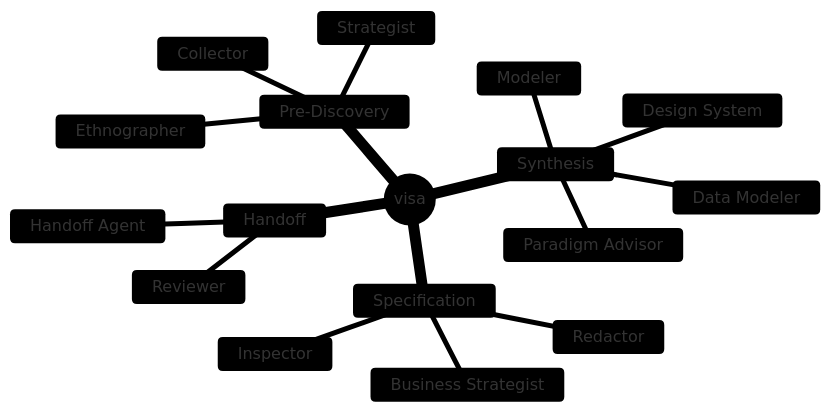
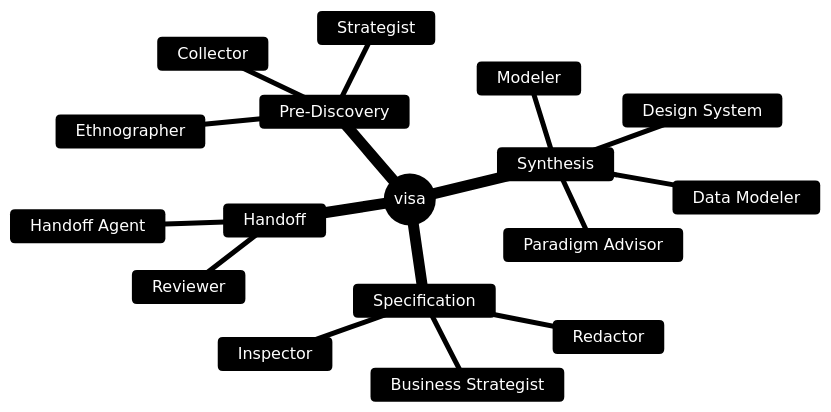
The first of 2 diagrams in docs/agents.md (Adgmed2018/visa), drawn with Mermaid before and after one commit. The commit also changed 1 other file, not shown here.

Commit message:
Fix mermaid diagram text colors

````diff
--- a/docs/agents.md
+++ b/docs/agents.md
@@ -7,21 +7,21 @@
 ```mermaid
-%%{init: {'theme': 'base', 'themeVariables': { 'primaryColor': '#2d2d2d'}}}%%
+%%{init: {'theme': 'base', 'themeVariables': { 'primaryColor': '#2d2d2d', 'primaryTextColor': '#ffffff'}}}%%
 mindmap
   root((visa))
     Pre-Discovery
       Ethnographer
       Strategist
       Collector
     Synthesis
       Paradigm Advisor
       Modeler
       Data Modeler
       Design System
     Specification
       Redactor
       Business Strategist
       Inspector
     Handoff
       Reviewer
       Handoff Agent
 ```
````
